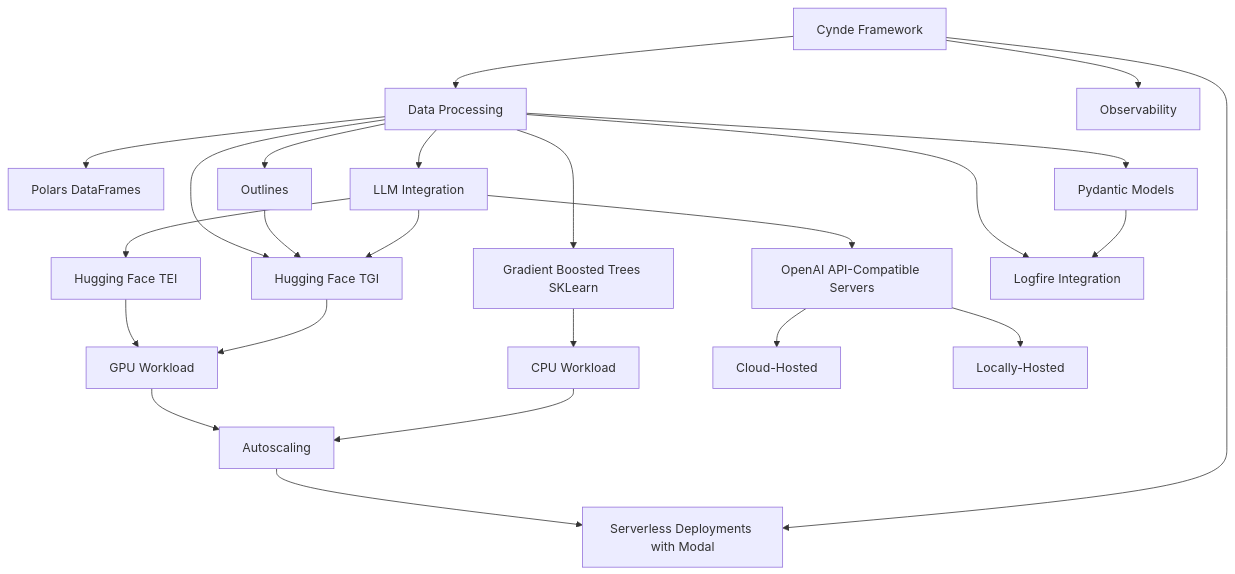
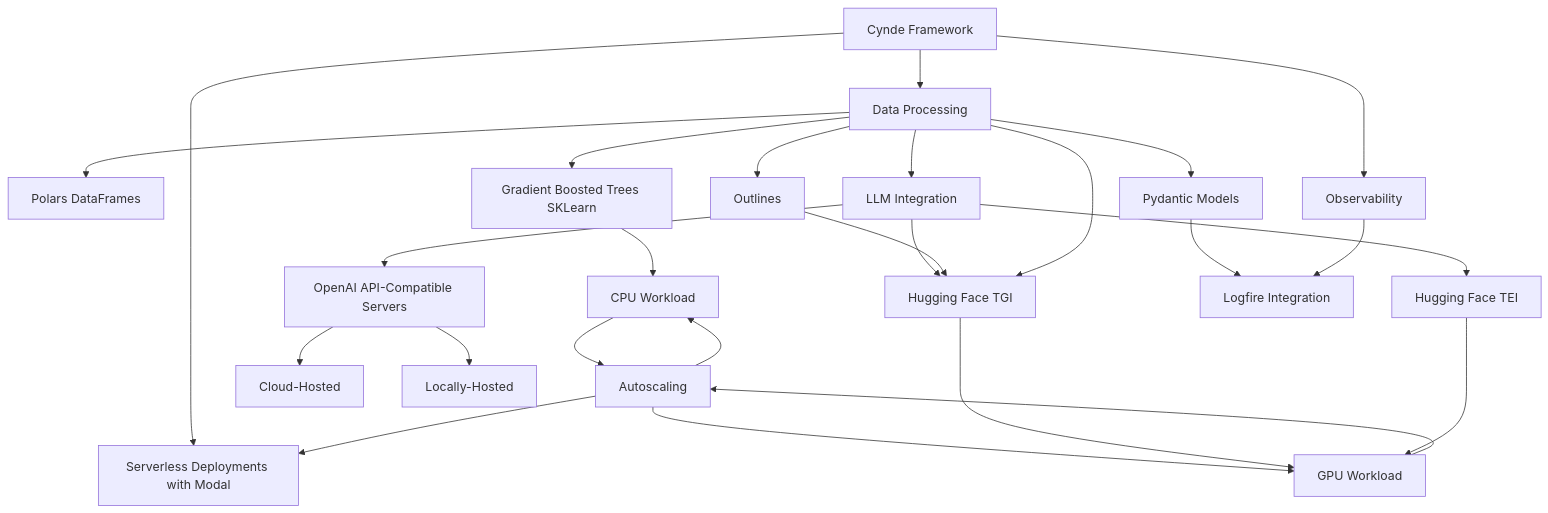
The diagram in drawings.md (Neural-Dragon-AI/Cynde), drawn with Mermaid before and after one commit.

````diff
--- a/drawings.md
+++ b/drawings.md
@@ -3,30 +3,32 @@
 ```mermaid
 graph TD
     A[Cynde Framework] --> B[Data Processing]
     B --> C[Polars DataFrames]
     B --> D[Pydantic Models]
     B --> E[Gradient Boosted Trees SKLearn]
     B --> Ot[Outlines]
     A --> P[Serverless Deployments with Modal]
 
     F[Autoscaling] --> P
     G[CPU Workload] --> F
+    F --> G
     E --> G
     M[GPU Workload] --> F
+    F --> M
 
     B --> H[LLM Integration]
     H --> I[OpenAI API-Compatible Servers]
     I --> J[Cloud-Hosted]
     I --> K[Locally-Hosted]
     H --> N[Hugging Face TGI]
     Ot --> N
     B --> N
     H --> O[Hugging Face TEI]
     N --> M
     O --> M
 
 
     A --> Y[Observability]
     D --> Z[Logfire Integration]
-    B --> Z
+    Y --> Z
 ```
````
